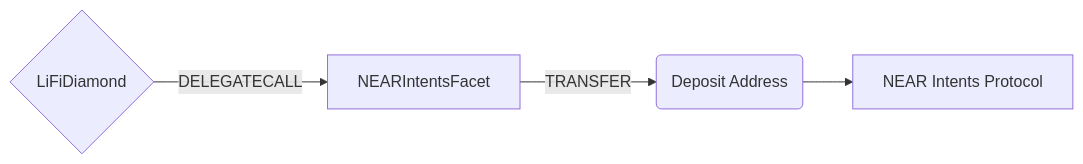
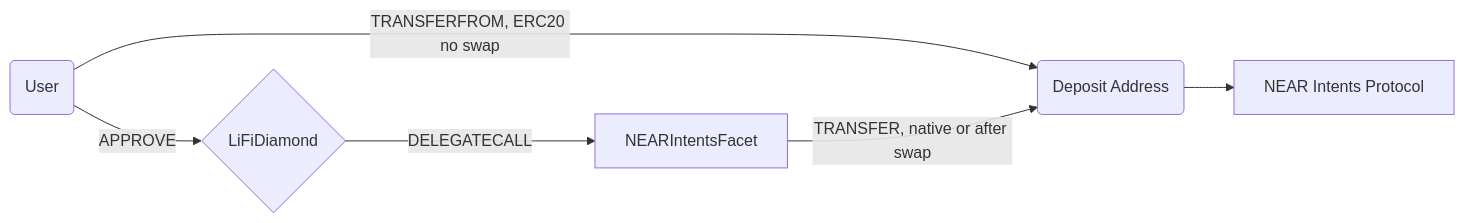
One commit to lifinance/contracts changed the diagram in docs/NEARIntentsFacet.md. Above: the diagram before and after it, drawn with Mermaid. The commit also changed other lines of this file and 3 other files, not shown here.

First line of the commit message:
feat(near-intents): pull ERC20 straight to the deposit address (EXSC-1370)

````diff
--- a/docs/NEARIntentsFacet.md
+++ b/docs/NEARIntentsFacet.md
@@ -9,6 +15,8 @@
 ```mermaid
 graph LR;
+    U(User) -- APPROVE --> D;
     D{LiFiDiamond}-- DELEGATECALL -->NEARIntentsFacet;
-    NEARIntentsFacet -- TRANSFER --> DepositAddress(Deposit Address);
+    U -- TRANSFERFROM, ERC20 no swap --> DepositAddress(Deposit Address);
+    NEARIntentsFacet -- TRANSFER, native or after swap --> DepositAddress;
     DepositAddress --> NI[NEAR Intents Protocol]
 ```
````
